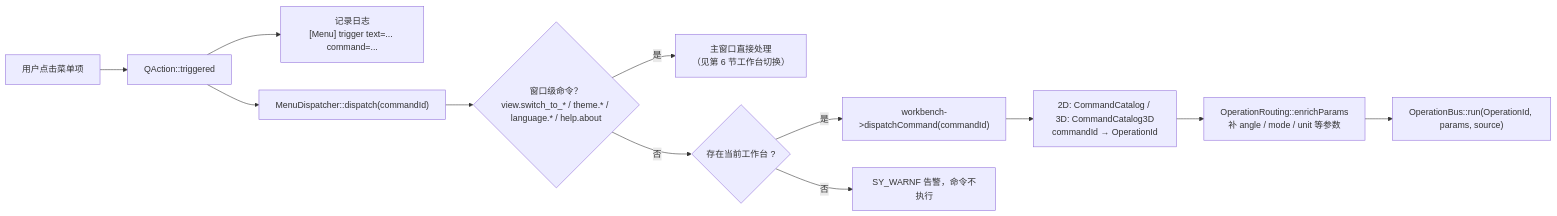
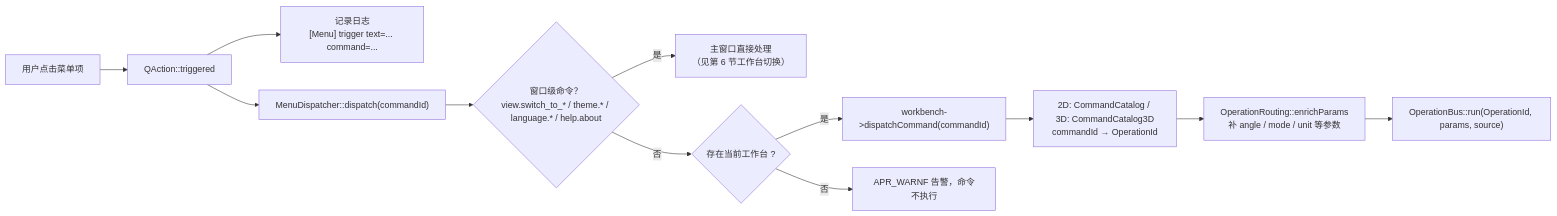
Before and after one commit to yulinxx/CAD: the fourth of 16 diagrams in Docs/01-当前架构/UI交互流程.md, drawn with Mermaid. The commit also changed other lines of this file and 326 other files, not shown here.

````diff
--- a/Docs/01-当前架构/UI交互流程.md
+++ b/Docs/01-当前架构/UI交互流程.md
@@ -136,14 +136,14 @@
 ```mermaid
 flowchart LR
     Click["用户点击菜单项"] --> Trigger["QAction::triggered"]
     Trigger --> Log["记录日志<br/>[Menu] trigger text=... command=..."]
     Trigger --> Dispatch["MenuDispatcher::dispatch(commandId)"]
     Dispatch --> Switch{"窗口级命令？<br/>view.switch_to_* / theme.* / language.* / help.about"}
     Switch -- "是" --> WB["主窗口直接处理<br/>（见第 6 节工作台切换）"]
     Switch -- "否" --> HasWB{"存在当前工作台 ?"}
     HasWB -- "是" --> WB2["workbench->dispatchCommand(commandId)"]
-    HasWB -- "否" --> Warn["SY_WARNF 告警，命令不执行"]
+    HasWB -- "否" --> Warn["APR_WARNF 告警，命令不执行"]
     WB2 --> Catalog["2D: CommandCatalog / 3D: CommandCatalog3D<br/>commandId → OperationId"]
     Catalog --> Enrich["OperationRouting::enrichParams<br/>补 angle / mode / unit 等参数"]
     Enrich --> Run["OperationBus::run(OperationId, params, source)"]
 ```
````
